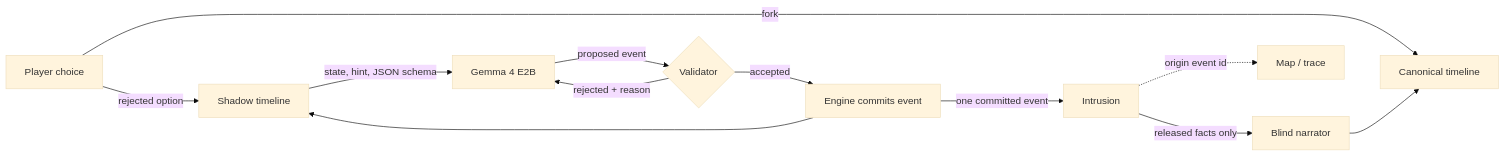
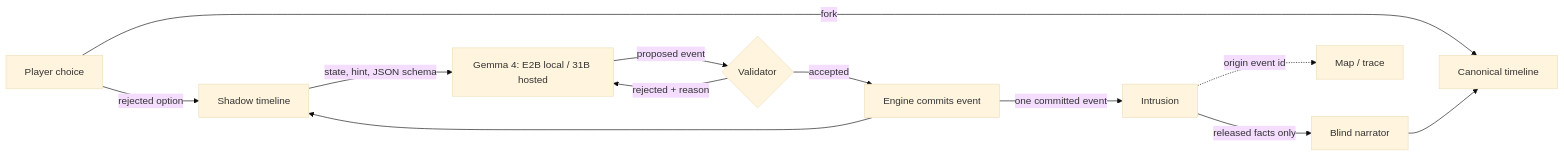
One commit to vinmay/aftertheknock changed the diagram in README.md. Above: the diagram before and after it, drawn with Mermaid (base theme). The commit also changed other lines of this file, not shown here.

````diff
--- a/README.md
+++ b/README.md
@@ -59,14 +59,14 @@
 ```mermaid
 flowchart LR
   P[Player choice] -->|fork| C[Canonical timeline]
   P -->|rejected option| S[Shadow timeline]
-  S -->|state, hint, JSON schema| G[Gemma 4 E2B]
+  S -->|state, hint, JSON schema| G[Gemma 4: E2B local / 31B hosted]
   G -->|proposed event| V{Validator}
   V -->|rejected + reason| G
   V -->|accepted| E[Engine commits event]
   E --> S
   E -->|one committed event| X[Intrusion]
   X -->|released facts only| N[Blind narrator]
   N --> C
   X -.->|origin event id| M[Map / trace]
 ```
````
